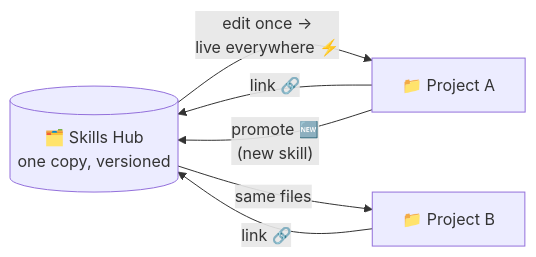
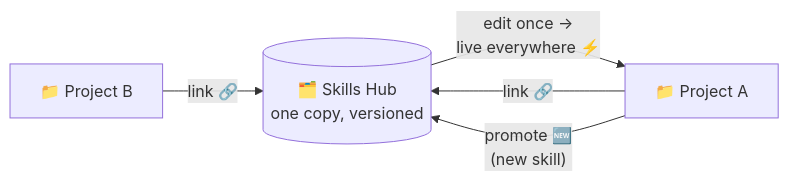
The diagram in README.md (evoya-ai/skills-hub), drawn with Mermaid before and after one commit. The commit also changed other lines of this file and 1 other file, not shown here.

Commit message:
README+skill: agent-driven project onboarding, commit-symlinks git policy, diagram fix; skill gains full onboarding flow

````diff
--- a/README.md
+++ b/README.md
@@ -18,11 +18,10 @@
 ```mermaid
 flowchart LR
     H[("🗂️ Skills Hub\none copy, versioned")]
     A["📁 Project A"]
     B["📁 Project B"]
     A -- "link 🔗" --> H
     B -- "link 🔗" --> H
     H -- "edit once →\nlive everywhere ⚡" --> A
-    H -- "same files" --> B
     A -- "promote 🆕\n(new skill)" --> H
 ```
````
